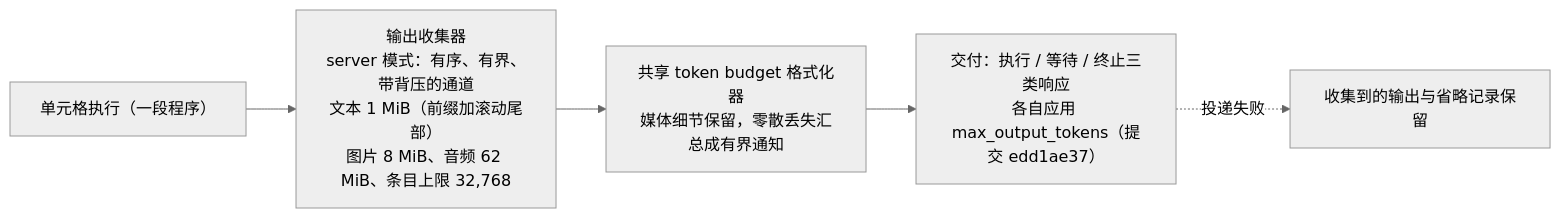
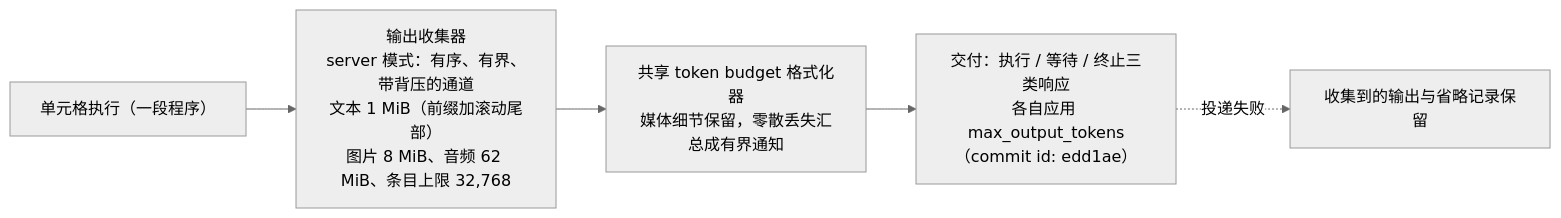
One commit to zachysun/awesome-agents-notes changed diagram 11 of 11 in notes/codex.md. Above: the diagram before and after it, drawn with Mermaid (neutral theme). The commit also changed other lines of this file and 7 other files, not shown here.

````diff
--- a/notes/codex.md
+++ b/notes/codex.md
@@ -887,7 +895,7 @@
 ```mermaid
 flowchart LR
     CELL["单元格执行（一段程序）"] --> COL["输出收集器<br/>server 模式：有序、有界、带背压的通道<br/>文本 1 MiB（前缀加滚动尾部）<br/>图片 8 MiB、音频 62 MiB、条目上限 32,768"]
     COL --> FMT["共享 token budget 格式化器<br/>媒体细节保留，零散丢失汇总成有界通知"]
-    FMT --> DEL["交付：执行 / 等待 / 终止三类响应<br/>各自应用 max_output_tokens（提交 edd1ae37）"]
+    FMT --> DEL["交付：执行 / 等待 / 终止三类响应<br/>各自应用 max_output_tokens（commit id: edd1ae）"]
     DEL -.->|"投递失败"| KEEP["收集到的输出与省略记录保留"]
 ```
````
